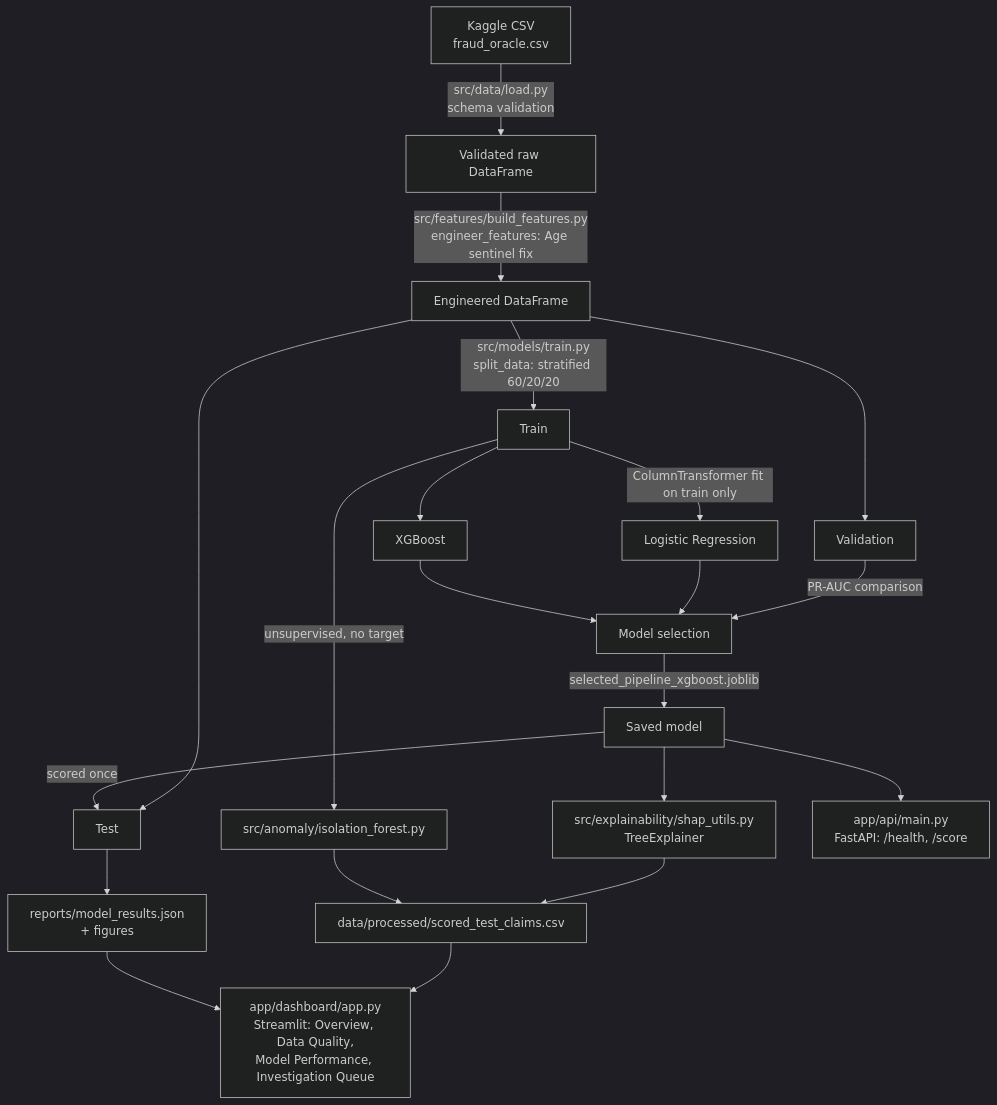
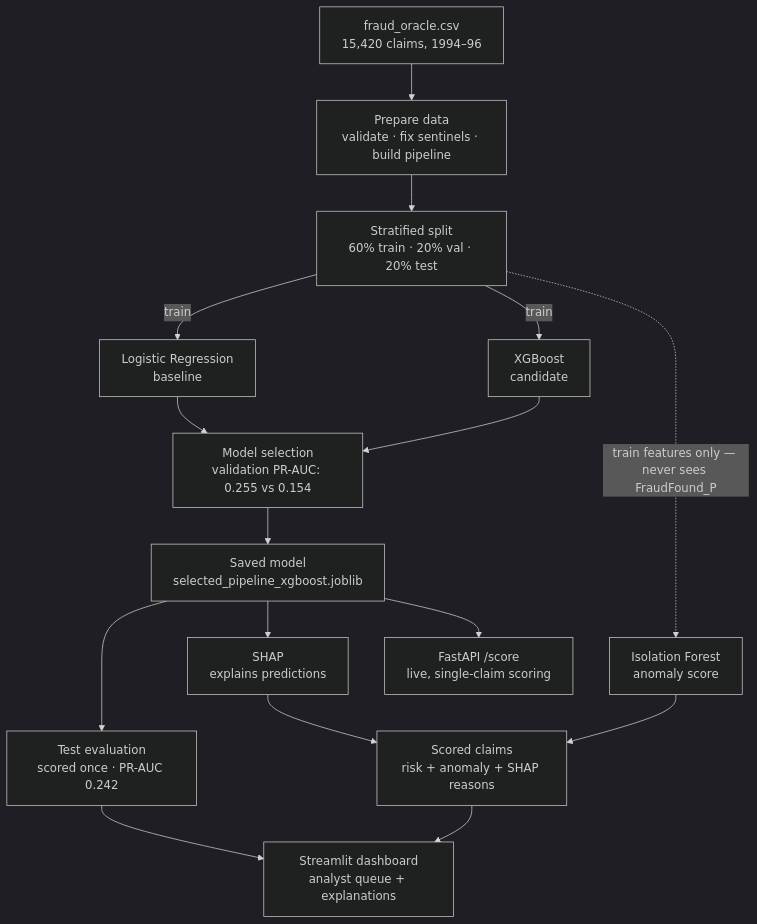
The diagram in docs/architecture.md (AliNaraqi/ClaimGuardAI), drawn with Mermaid (dark theme) before and after one commit. The commit also changed other lines of this file and 2 other files, not shown here.

Commit message:
Add a standalone architecture diagram and embed it in the README
Replaces the prose-only architecture link with a hand-authored SVG
(docs/architecture_diagram.svg) using orthogonal routing and a single
accent color to show the one fact that matters structurally: the
Isolation Forest anomaly detector is trained on the same split as the
supervised model but never touches FraudFound_P. Updates the Mermaid
source in docs/architecture.md to match the same consolidated flow.

````diff
--- a/docs/architecture.md
+++ b/docs/architecture.md
@@ -3,28 +7,23 @@
 ```mermaid
 flowchart TD
-    A[Kaggle CSV<br/>fraud_oracle.csv] -->|src/data/load.py<br/>schema validation| B[Validated raw DataFrame]
-    B -->|src/features/build_features.py<br/>engineer_features: Age sentinel fix| C[Engineered DataFrame]
-    C -->|src/models/train.py<br/>split_data: stratified 60/20/20| D1[Train]
-    C --> D2[Validation]
-    C --> D3[Test]
+    A["fraud_oracle.csv<br/>15,420 claims, 1994–96"] --> B["Prepare data<br/>validate · fix sentinels · build pipeline"]
+    B --> C["Stratified split<br/>60% train · 20% val · 20% test"]
 
-    D1 -->|ColumnTransformer fit on train only| E1[Logistic Regression]
-    D1 --> E2[XGBoost]
-    D2 -->|PR-AUC comparison| F[Model selection]
-    E1 --> F
+    C -->|train| E1["Logistic Regression<br/>baseline"]
+    C -->|train| E2["XGBoost<br/>candidate"]
+    E1 --> F["Model selection<br/>validation PR-AUC: 0.255 vs 0.154"]
     E2 --> F
-    F -->|selected_pipeline_xgboost.joblib| G[Saved model]
+    F --> G["Saved model<br/>selected_pipeline_xgboost.joblib"]
 
-    G -->|scored once| D3
-    D3 --> H[reports/model_results.json<br/>+ figures]
+    C -.->|"train features only — never sees FraudFound_P"| J["Isolation Forest<br/>anomaly score"]
 
-    G --> I[src/explainability/shap_utils.py<br/>TreeExplainer]
-    D1 -->|unsupervised, no target| J[src/anomaly/isolation_forest.py]
+    G --> T["Test evaluation<br/>scored once · PR-AUC 0.242"]
+    G --> I["SHAP<br/>explains predictions"]
+    G --> M["FastAPI /score<br/>live, single-claim scoring"]
 
-    I --> K[data/processed/scored_test_claims.csv]
+    I --> K["Scored claims<br/>risk + anomaly + SHAP reasons"]
     J --> K
 
-    K --> L[app/dashboard/app.py<br/>Streamlit: Overview, Data Quality,<br/>Model Performance, Investigation Queue]
-    G --> M[app/api/main.py<br/>FastAPI: /health, /score]
-    H --> L
+    K --> L["Streamlit dashboard<br/>analyst queue + explanations"]
+    T --> L
 ```
````
